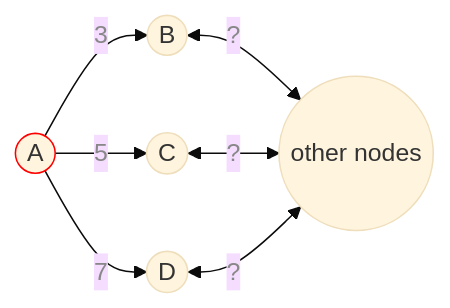
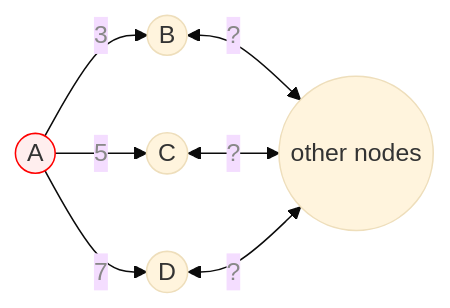
Before and after one commit to CHOYUNSIG/algorithm_with_boj: the first of 2 diagrams in _posts/2024-01-01-dijkstra.md, drawn with Mermaid (base theme). The commit also changed other lines of this file and 1 other file, not shown here.

Commit message:
포스트 업데이트

```diff
--- a/_posts/2024-01-01-dijkstra.md
+++ b/_posts/2024-01-01-dijkstra.md
@@ -31,15 +31,15 @@
 <pre class="mermaid">
     graph LR
     A -- <p style="color: #888">3</p> --> B
     A -- <p style="color: #888">5</p> --> C
     A -- <p style="color: #888">7</p> --> D
     B & C & D<-- <p style="color: #888">?</p> --> other_nodes
     other_nodes((other nodes))
 
     A((A)):::red
     B((B))
     C((C))
     D((D))
 
-    classDef red stroke:#f00
+    classDef red stroke:#f00, fill:#FEE
 </pre>
```
